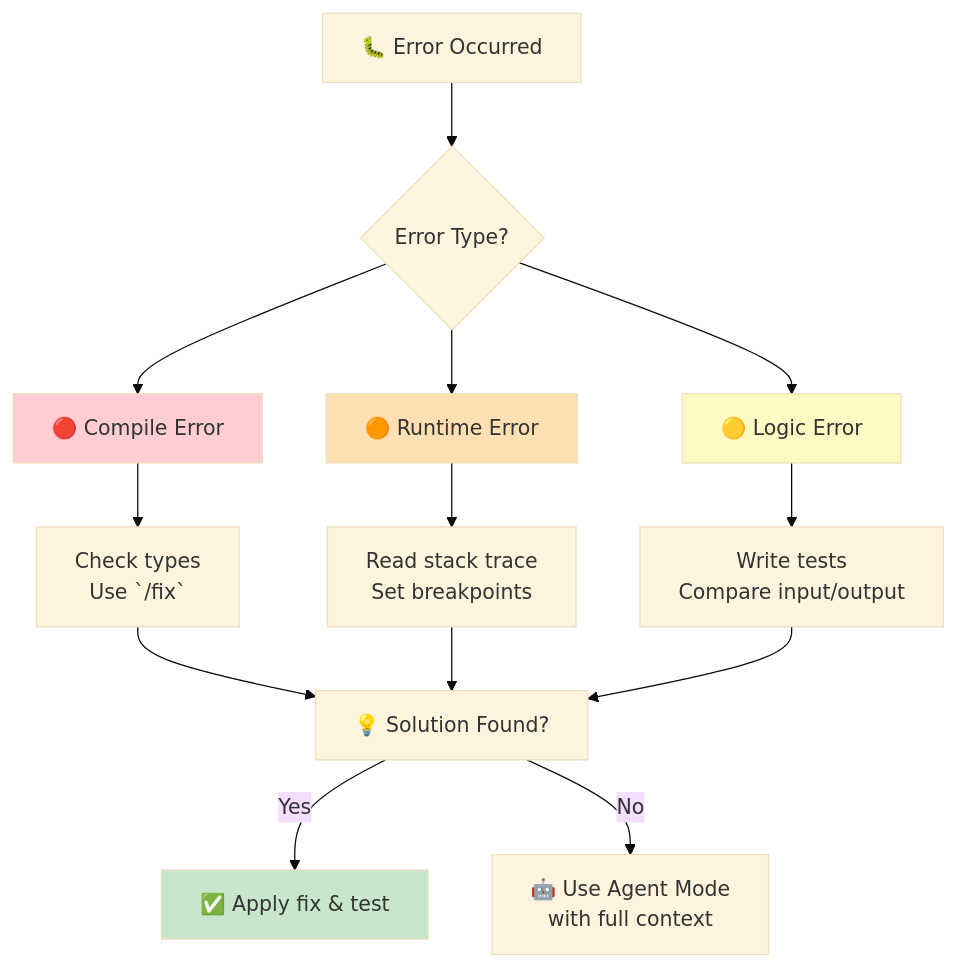
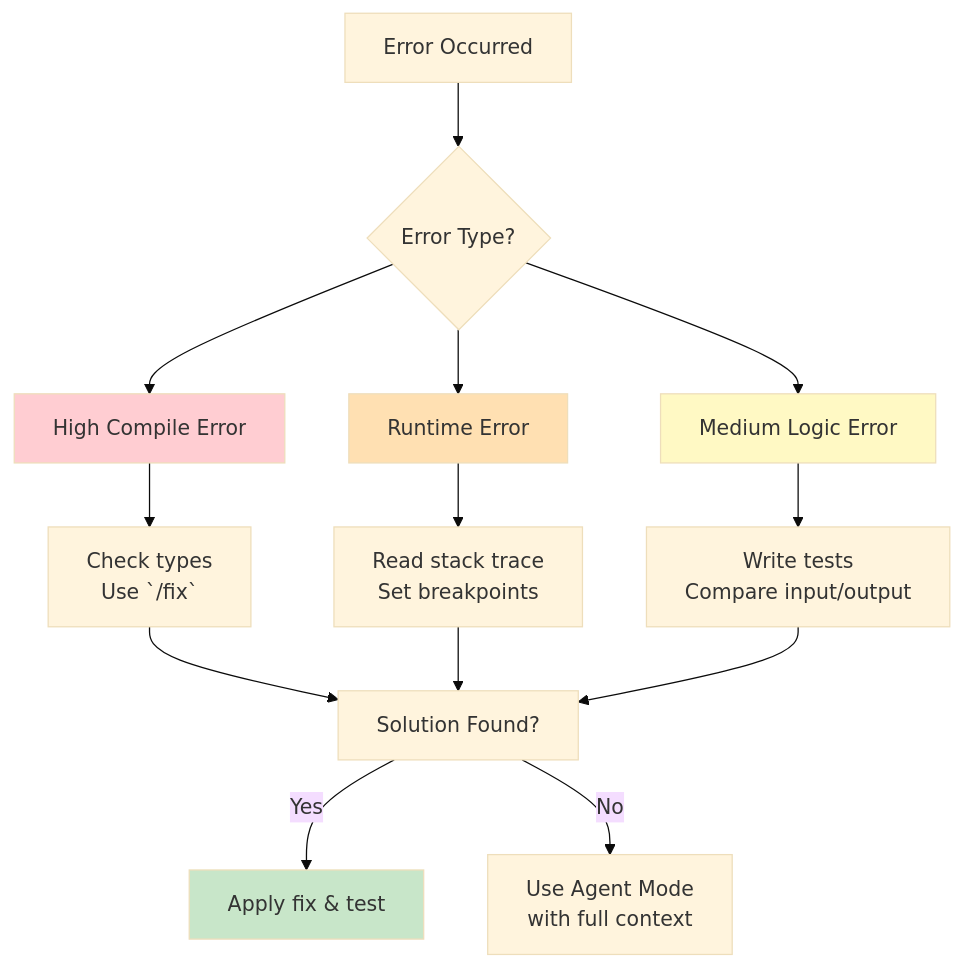
Before and after one commit to justinsz/ProPrompt: the second of 3 diagrams in coders_en.md, drawn with Mermaid (base theme). The commit also changed other lines of this file and 11 other files, not shown here.

````diff
--- a/coders_en.md
+++ b/coders_en.md
@@ -214,24 +214,24 @@
 ```mermaid
 flowchart TD
-    A[🐛 Error Occurred] --> B{Error Type?}
-    
-    B --> C[🔴 Compile Error]
-    B --> D[🟠 Runtime Error]
-    B --> E[🟡 Logic Error]
-    
+    A[Error Occurred] --> B{Error Type?}
+
+    B --> C[High Compile Error]
+    B --> D[Runtime Error]
+    B --> E[Medium Logic Error]
+
     C --> C1[Check types<br/>Use `/fix`]
     D --> D1[Read stack trace<br/>Set breakpoints]
     E --> E1[Write tests<br/>Compare input/output]
-    
-    C1 --> F[💡 Solution Found?]
+
+    C1 --> F[Solution Found?]
     D1 --> F
     E1 --> F
-    
-    F -- Yes --> G[✅ Apply fix & test]
-    F -- No --> H[🤖 Use Agent Mode<br/>with full context]
-    
+
+    F -- Yes --> G[Apply fix & test]
+    F -- No --> H[Use Agent Mode<br/>with full context]
+
     style C fill:#ffcdd2
     style D fill:#ffe0b2
     style E fill:#fff9c4
     style G fill:#c8e6c9
 ```
````
